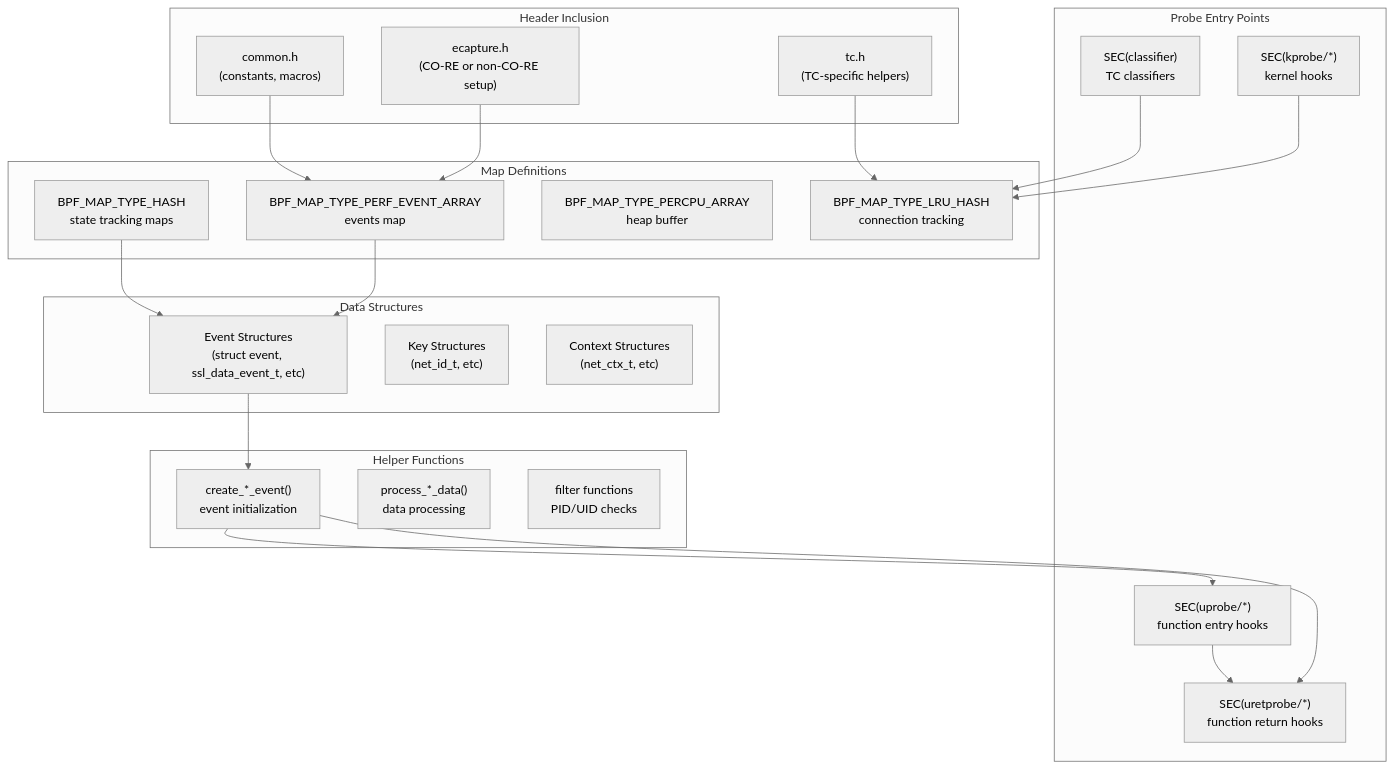
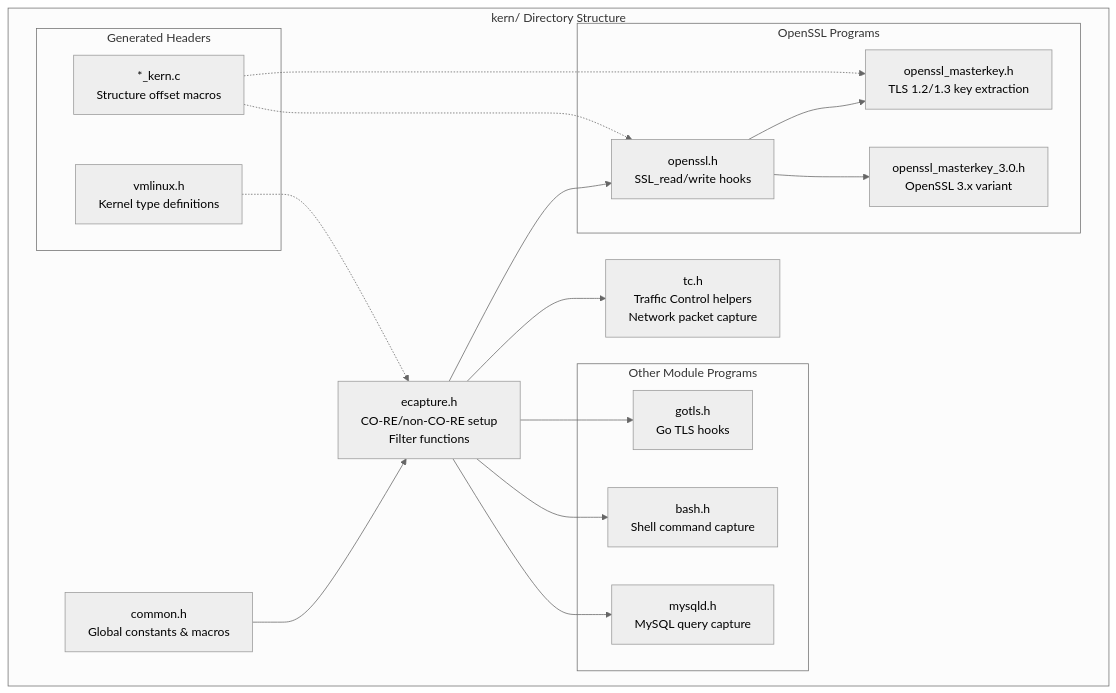
One commit to gojue/ecapture.cc changed the first of 7 diagrams in src/en/5-development-guide/5.2.1-ebpf-program-structure.md. Above: the diagram before and after it, drawn with Mermaid (neutral theme). The commit also changed other lines of this file and 115 other files, not shown here.

````diff
--- a/src/en/5-development-guide/5.2.1-ebpf-program-structure.md
+++ b/src/en/5-development-guide/5.2.1-ebpf-program-structure.md
@@ -28,46 +31,39 @@
 ```mermaid
 graph TB
-    subgraph "Header Inclusion"
-        H1["ecapture.h<br/>(CO-RE or non-CO-RE setup)"]
-        H2["common.h<br/>(constants, macros)"]
-        H3["tc.h<br/>(TC-specific helpers)"]
+    subgraph "kern/ Directory Structure"
+        COMMON["common.h<br/>Global constants & macros"]
+        ECAPTURE["ecapture.h<br/>CO-RE/non-CO-RE setup<br/>Filter functions"]
+        TC["tc.h<br/>Traffic Control helpers<br/>Network packet capture"]
+        
+        subgraph "OpenSSL Programs"
+            OPENSSL["openssl.h<br/>SSL_read/write hooks"]
+            MASTERKEY["openssl_masterkey.h<br/>TLS 1.2/1.3 key extraction"]
+            MASTERKEY3["openssl_masterkey_3.0.h<br/>OpenSSL 3.x variant"]
+        end
+        
+        subgraph "Other Module Programs"
+            GOTLS["gotls.h<br/>Go TLS hooks"]
+            BASH["bash.h<br/>Shell command capture"]
+            MYSQL["mysqld.h<br/>MySQL query capture"]
+        end
+        
+        subgraph "Generated Headers"
+            VMLINUX["vmlinux.h<br/>Kernel type definitions"]
+            OFFSETS["*_kern.c<br/>Structure offset macros"]
+        end
     end
     
-    subgraph "Map Definitions"
-        M1["BPF_MAP_TYPE_PERF_EVENT_ARRAY<br/>events map"]
-        M2["BPF_MAP_TYPE_HASH<br/>state tracking maps"]
-        M3["BPF_MAP_TYPE_PERCPU_ARRAY<br/>heap buffer"]
-        M4["BPF_MAP_TYPE_LRU_HASH<br/>connection tracking"]
-    end
+    COMMON --> ECAPTURE
+    ECAPTURE --> OPENSSL
+    ECAPTURE --> TC
+    ECAPTURE --> GOTLS
+    ECAPTURE --> BASH
+    ECAPTURE --> MYSQL
     
-    subgraph "Data Structures"
-        D1["Event Structures<br/>(struct event, ssl_data_event_t, etc)"]
-        D2["Key Structures<br/>(net_id_t, etc)"]
-        D3["Context Structures<br/>(net_ctx_t, etc)"]
-    end
+    OPENSSL --> MASTERKEY
+    OPENSSL --> MASTERKEY3
     
-    subgraph "Helper Functions"
-        F1["create_*_event()<br/>event initialization"]
-        F2["process_*_data()<br/>data processing"]
-        F3["filter functions<br/>PID/UID checks"]
-    end
-    
-    subgraph "Probe Entry Points"
-        P1["SEC(uprobe/*)<br/>function entry hooks"]
-        P2["SEC(uretprobe/*)<br/>function return hooks"]
-        P3["SEC(kprobe/*)<br/>kernel hooks"]
-        P4["SEC(classifier)<br/>TC classifiers"]
-    end
-    
-    H1 --> M1
-    H2 --> M1
-    H3 --> M4
-    M1 --> D1
-    M2 --> D1
-    D1 --> F1
-    F1 --> P1
-    F1 --> P2
-    P1 --> P2
-    P3 --> M4
-    P4 --> M4
+    VMLINUX -.-> ECAPTURE
+    OFFSETS -.-> OPENSSL
+    OFFSETS -.-> MASTERKEY
 ```
````
